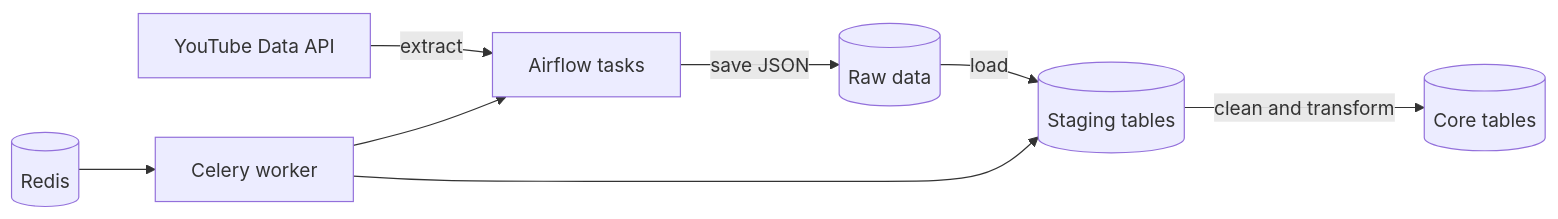
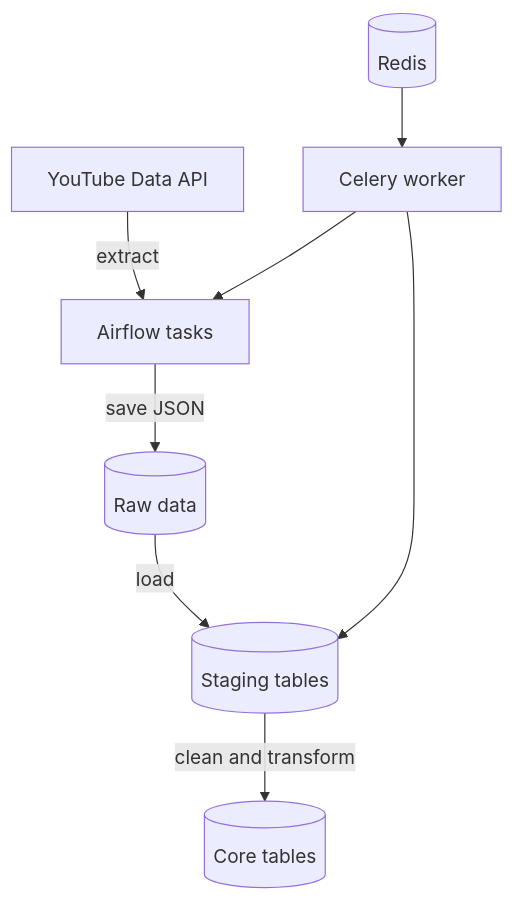
One commit to gxorge13/youtube-analytics-pipeline changed the diagram in README.md. Above: the diagram before and after it, drawn with Mermaid.

Commit message:
Make the architecture diagram easier to read

````diff
--- a/README.md
+++ b/README.md
@@ -9,10 +9,10 @@
 ```mermaid
-flowchart LR
+flowchart TD
     API[YouTube Data API] -->|extract| EX[Airflow tasks]
+    REDIS[(Redis)] --> WORKER[Celery worker]
+    WORKER --> EX
     EX -->|save JSON| RAW[(Raw data)]
     RAW -->|load| STG[(Staging tables)]
+    WORKER --> STG
     STG -->|clean and transform| CORE[(Core tables)]
-    REDIS[(Redis)] --> WORKER[Celery worker]
-    WORKER --> EX
-    WORKER --> STG
 ```
````
